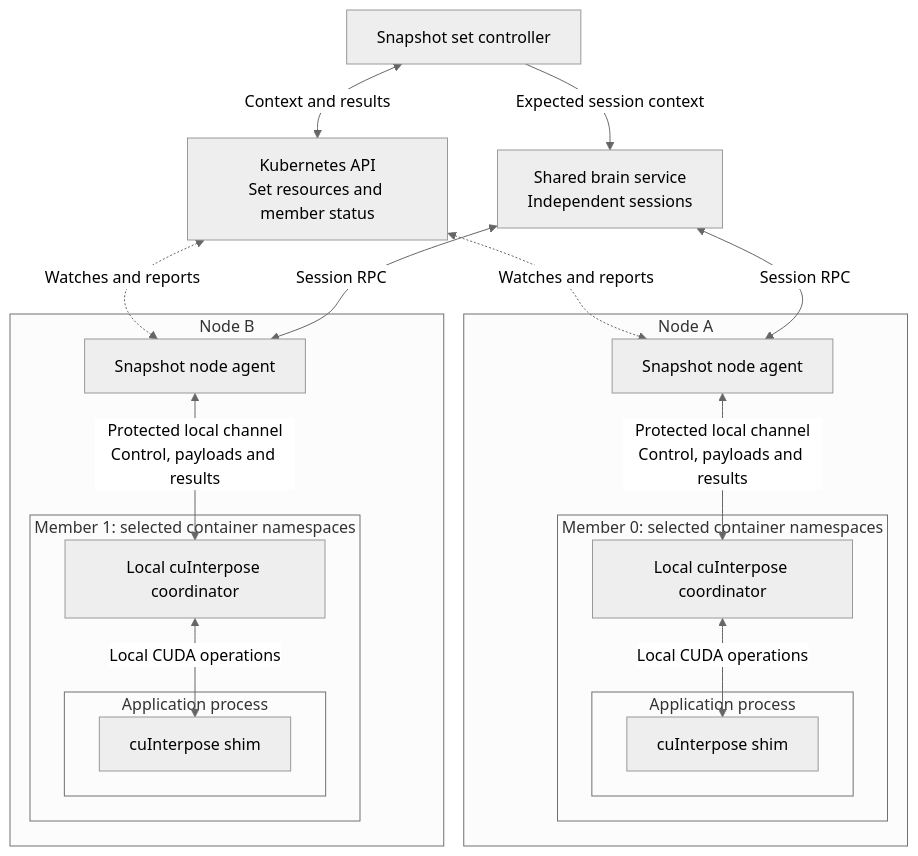
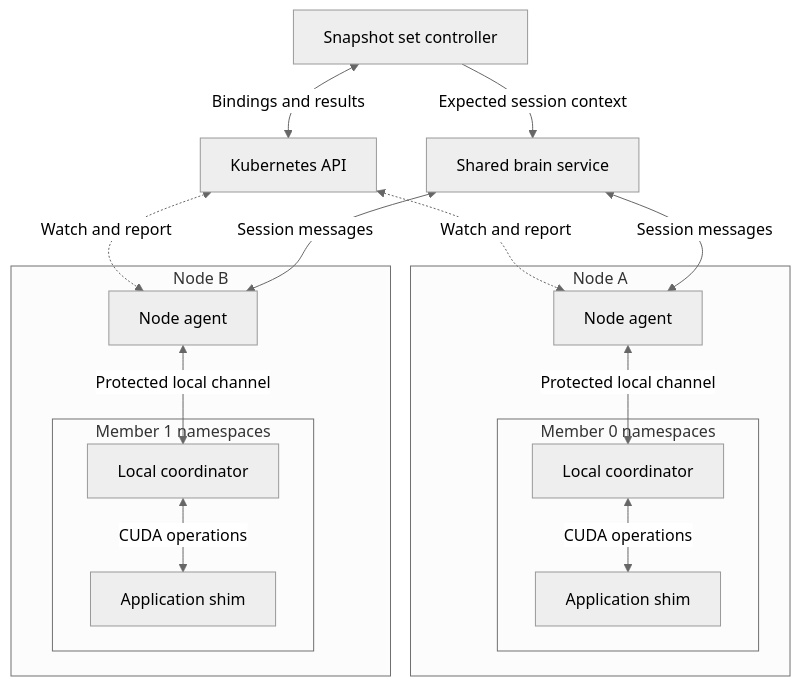
The first of 4 diagrams in docs/proposals/324-multi-pod-snapshot-restore/README.md (ai-dynamo/snapshot), drawn with Mermaid (neutral theme) before and after one commit. The commit also changed other lines of this file, not shown here.

Commit message:
docs: clarify multi-pod snapshot proposal

````diff
--- a/docs/proposals/324-multi-pod-snapshot-restore/README.md
+++ b/docs/proposals/324-multi-pod-snapshot-restore/README.md
@@ -190,31 +184,23 @@
 ```mermaid
 flowchart TB
-    C["Snapshot set controller"] <-->|"Context and results"| K["Kubernetes API<br/>Set resources and member status"]
-    C -->|"Expected session context"| B["Shared brain service<br/>Independent sessions"]
-    K <-.->|"Watches and reports"| A0
-    K <-.->|"Watches and reports"| A1
-    B <-->|"Session RPC"| A0
-    B <-->|"Session RPC"| A1
+    C["Snapshot set controller"] <-->|"Bindings and results"| K["Kubernetes API"]
+    C -->|"Expected session context"| B["Shared brain service"]
+    K <-.->|"Watch and report"| A0
+    K <-.->|"Watch and report"| A1
+    B <-->|"Session messages"| A0
+    B <-->|"Session messages"| A1
     subgraph N0["Node A"]
-        A0["Snapshot node agent"]
-        subgraph P0["Member 0: selected container namespaces"]
-            H0["Local cuInterpose coordinator"]
-            subgraph APP0["Application process"]
-                S0["cuInterpose shim"]
-            end
-            H0 <-->|"Local CUDA operations"| S0
+        A0["Node agent"]
+        subgraph P0["Member 0 namespaces"]
+            H0["Local coordinator"] <-->|"CUDA operations"| S0["Application shim"]
         end
-        A0 <-->|"Protected local channel<br/>Control, payloads and results"| H0
+        A0 <-->|"Protected local channel"| H0
     end
     subgraph N1["Node B"]
-        A1["Snapshot node agent"]
-        subgraph P1["Member 1: selected container namespaces"]
-            H1["Local cuInterpose coordinator"]
-            subgraph APP1["Application process"]
-                S1["cuInterpose shim"]
-            end
-            H1 <-->|"Local CUDA operations"| S1
+        A1["Node agent"]
+        subgraph P1["Member 1 namespaces"]
+            H1["Local coordinator"] <-->|"CUDA operations"| S1["Application shim"]
         end
-        A1 <-->|"Protected local channel<br/>Control, payloads and results"| H1
+        A1 <-->|"Protected local channel"| H1
     end
 ```
````
